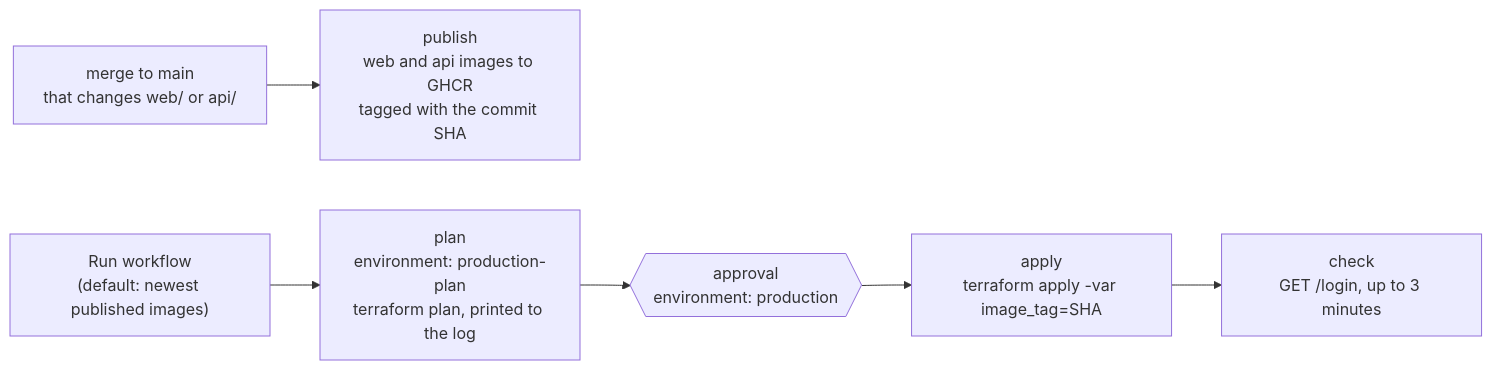
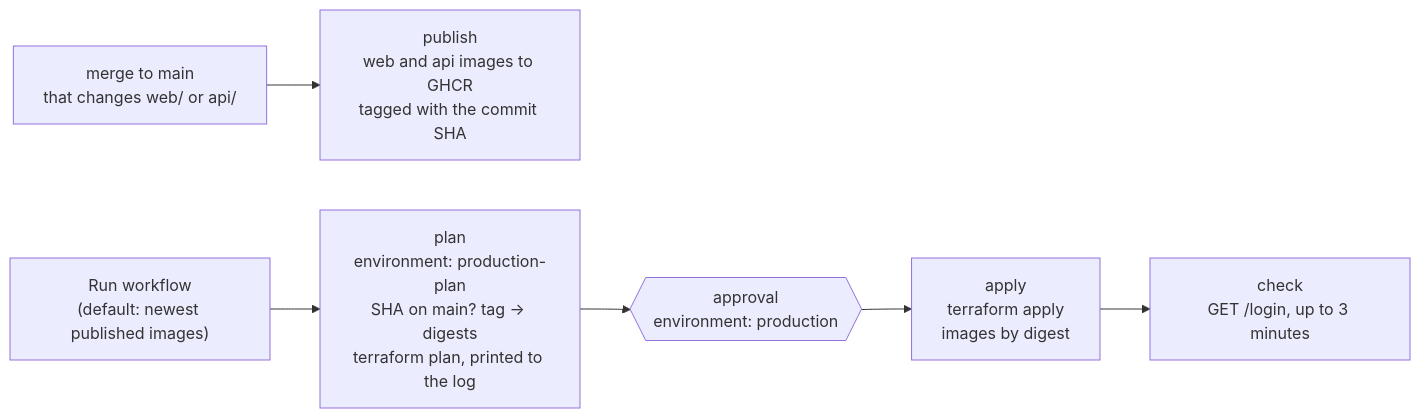
The eighth of 11 diagrams in docs/architecture.md (l1em1on1/social-tennis), drawn with Mermaid before and after one commit. The commit also changed other lines of this file and 7 other files, not shown here.

First line of the commit message:
Deploys pin providers by checksum and images by digest (#111) (#149)

````diff
--- a/docs/architecture.md
+++ b/docs/architecture.md
@@ -363,8 +364,8 @@
 ```mermaid
 flowchart LR
     M["merge to main<br/>that changes web/ or api/"] --> P["publish<br/>web and api images to GHCR<br/>tagged with the commit SHA"]
-    D["Run workflow<br/>(default: newest published images)"] --> PL["plan<br/>environment: production-plan<br/>terraform plan, printed to the log"]
+    D["Run workflow<br/>(default: newest published images)"] --> PL["plan<br/>environment: production-plan<br/>SHA on main? tag → digests<br/>terraform plan, printed to the log"]
     PL --> AP{{"approval<br/>environment: production"}}
-    AP --> A["apply<br/>terraform apply -var image_tag=SHA"]
+    AP --> A["apply<br/>terraform apply<br/>images by digest"]
     A --> C["check<br/>GET /login, up to 3 minutes"]
 ```
````
